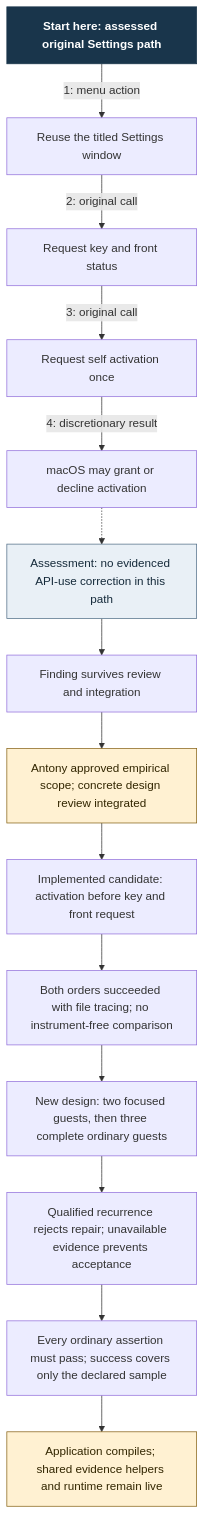
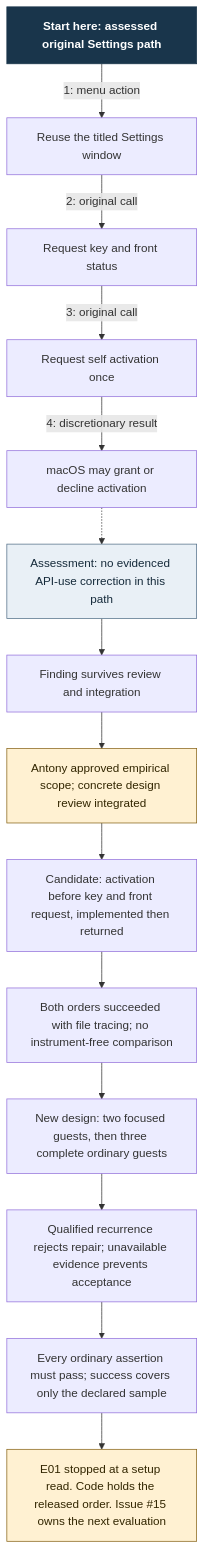
Before and after one commit to Linkuistics/Koine: the diagram in docs/design/architecture/settings-activation/correction-assessment.mmd, drawn with Mermaid. The commit also changed 15 other files, not shown here.

First line of the commit message:
settings-released-call-order-k184: return Settings to the released call order

```diff
--- a/docs/design/architecture/settings-activation/correction-assessment.mmd
+++ b/docs/design/architecture/settings-activation/correction-assessment.mmd
@@ -1,18 +1,18 @@
 flowchart TD
     S["Start here: assessed original Settings path"]:::start
     S -->|1: menu action| W["Reuse the titled Settings window"]
     W -->|2: original call| K["Request key and front status"]
     K -->|3: original call| A["Request self activation once"]
     A -->|4: discretionary result| O["macOS may grant or decline activation"]
     O -.-> F["Assessment: no evidenced API-use correction in this path"]:::finding
     F --> R["Finding survives review and integration"]
     R --> Q["Antony approved empirical scope; concrete design review integrated"]:::hold
-    Q --> E["Implemented candidate: activation before key and front request"]
+    Q --> E["Candidate: activation before key and front request, implemented then returned"]
     E --> I["Both orders succeeded with file tracing; no instrument-free comparison"]
     I --> C["New design: two focused guests, then three complete ordinary guests"]
     C --> P["Qualified recurrence rejects repair; unavailable evidence prevents acceptance"]
     P --> B["Every ordinary assertion must pass; success covers only the declared sample"]
-    B --> D["Application compiles; shared evidence helpers and runtime remain live"]:::hold
+    B --> D["E01 stopped at a setup read. Code holds the released order. Issue #15 owns the next evaluation"]:::hold
     classDef start fill:#19354b,color:#fff,font-weight:bold,stroke:#19354b
     classDef finding fill:#e9f0f6,color:#152a3a,stroke:#526f87
     classDef hold fill:#fff1d2,color:#322600,stroke:#866216
```
